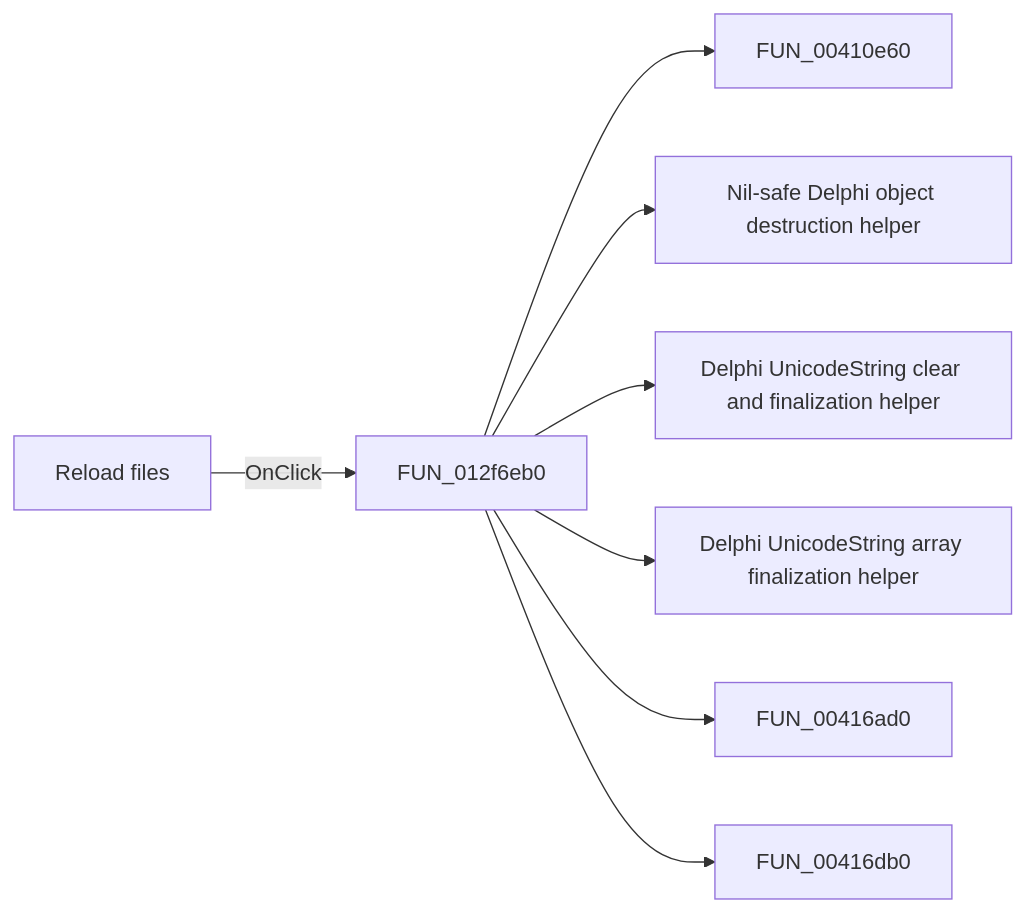
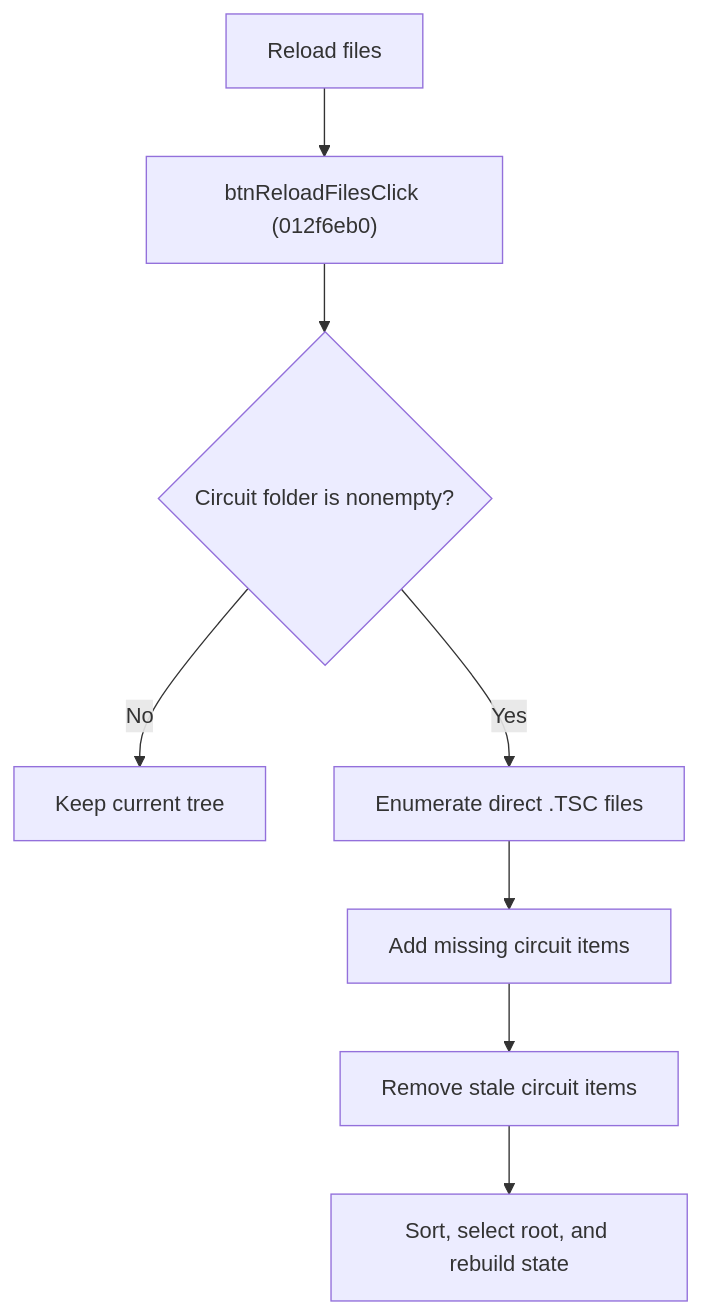
The diagram in docs/ui-controls/frmmodeltestbencheditor/btnreloadfiles-03a645d244.md (MovGP0/TIARA), drawn with Mermaid before and after one commit. The commit also changed other lines of this file and 387 other files, not shown here.

````diff
--- a/docs/ui-controls/frmmodeltestbencheditor/btnreloadfiles-03a645d244.md
+++ b/docs/ui-controls/frmmodeltestbencheditor/btnreloadfiles-03a645d244.md
@@ -27,10 +29,10 @@
 ```mermaid
-flowchart LR
-    control["Reload files"] -->|OnClick| handler["FUN_012f6eb0"]
-    handler --> call1["FUN_00410e60"]
-    handler --> call2["Nil-safe Delphi object destruction helper"]
-    handler --> call3["Delphi UnicodeString clear and finalization helper"]
-    handler --> call4["Delphi UnicodeString array finalization helper"]
-    handler --> call5["FUN_00416ad0"]
-    handler --> call6["FUN_00416db0"]
+flowchart TD
+    control["Reload files"] --> handler["btnReloadFilesClick (012f6eb0)"]
+    handler --> folder{"Circuit folder is nonempty?"}
+    folder -->|No| stop["Keep current tree"]
+    folder -->|Yes| scan["Enumerate direct .TSC files"]
+    scan --> add["Add missing circuit items"]
+    add --> remove["Remove stale circuit items"]
+    remove --> rebuild["Sort, select root, and rebuild state"]
 ```
````
